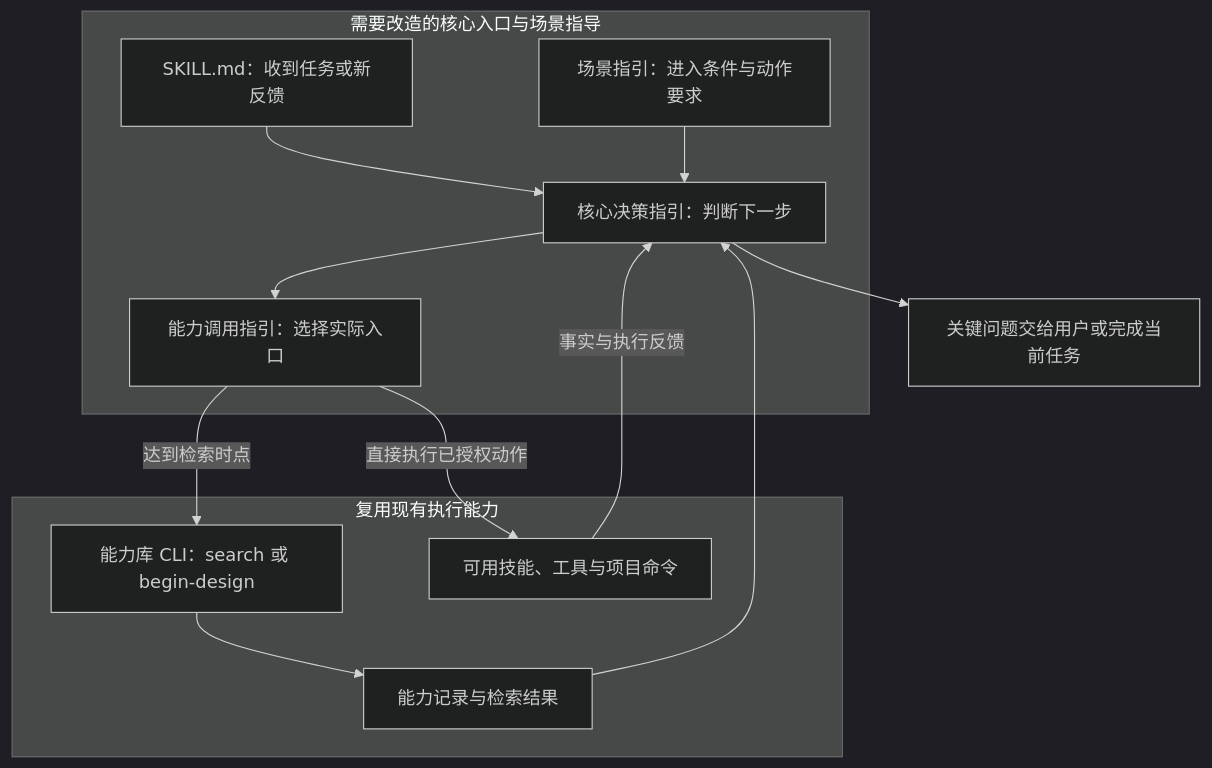
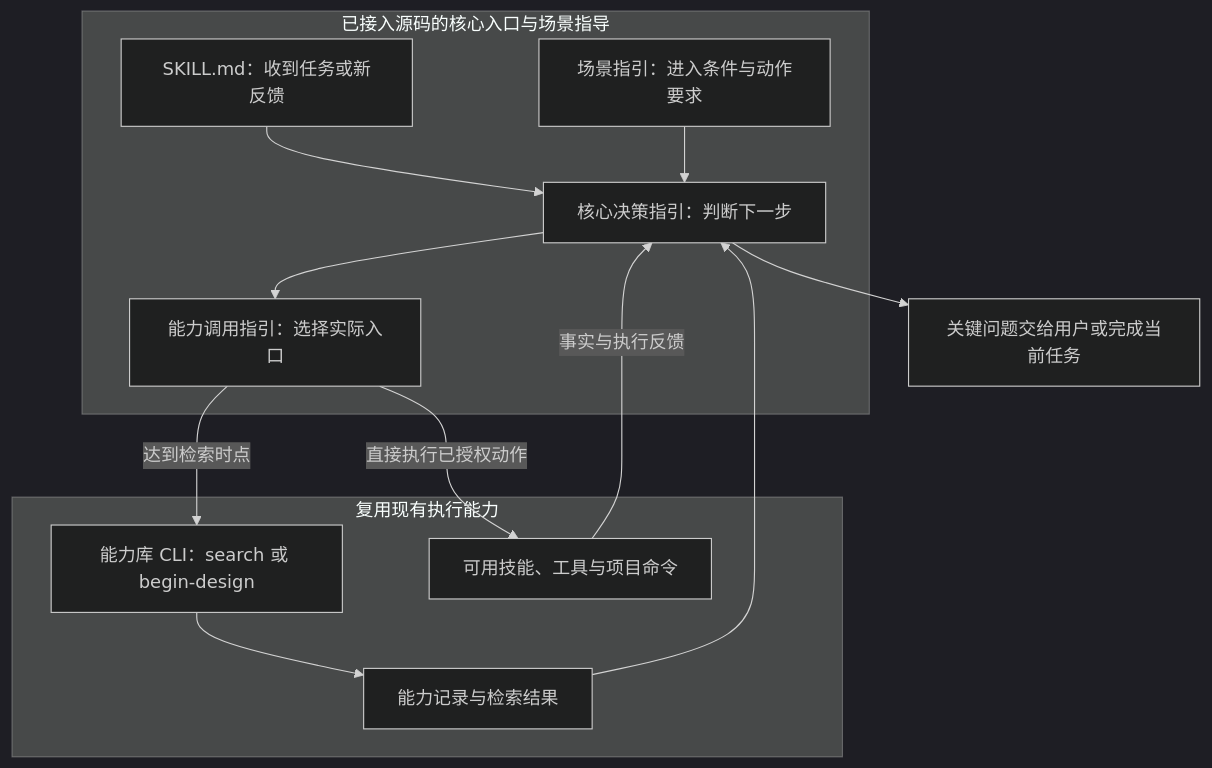
One commit to luaxlou/supermind changed the sixth of 6 diagrams in docs/product/2026-09-07-core-decision-mechanism-design.md. Above: the diagram before and after it, drawn with Mermaid (dark theme). The commit also changed other lines of this file and 9 other files, not shown here.

````diff
--- a/docs/product/2026-09-07-core-decision-mechanism-design.md
+++ b/docs/product/2026-09-07-core-decision-mechanism-design.md
@@ -239,23 +239,23 @@
 ```mermaid
 flowchart TB
-    subgraph Change[需要改造的核心入口与场景指导]
+    subgraph Change[已接入源码的核心入口与场景指导]
         A[SKILL.md：收到任务或新反馈]
         B[核心决策指引：判断下一步]
         C[场景指引：进入条件与动作要求]
         D[能力调用指引：选择实际入口]
         A --> B
         C --> B
         B --> D
     end
     subgraph Existing[复用现有执行能力]
         E[能力库 CLI：search 或 begin-design]
         F[可用技能、工具与项目命令]
         G[能力记录与检索结果]
         E --> G
     end
     D -->|达到检索时点| E
     D -->|直接执行已授权动作| F
     G --> B
     F -->|事实与执行反馈| B
     B --> H[关键问题交给用户或完成当前任务]
 ```
````
